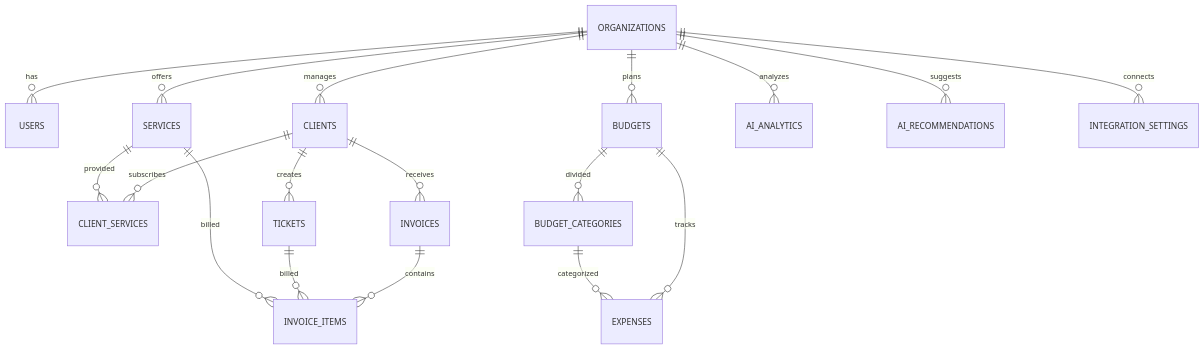
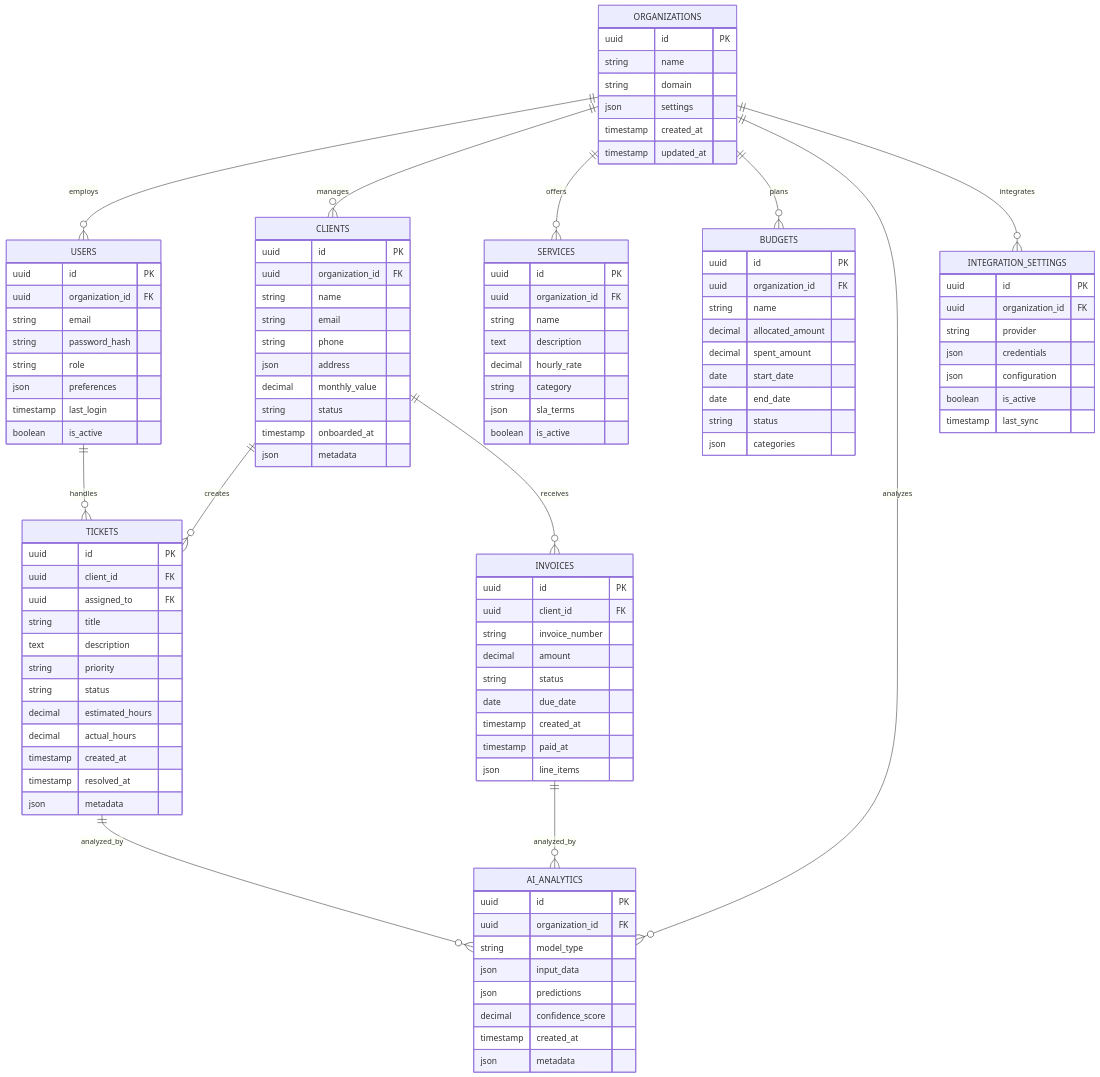
The third of 6 diagrams in README.md (bhuwanb23/profitpulse), drawn with Mermaid before and after one commit. The commit also changed other lines of this file and 3 other files, not shown here.

````diff
--- a/README.md
+++ b/README.md
@@ -84,20 +292,118 @@
 ```mermaid
 erDiagram
-    ORGANIZATIONS ||--o{ USERS : "has"
+    ORGANIZATIONS {
+        uuid id PK
+        string name
+        string domain
+        json settings
+        timestamp created_at
+        timestamp updated_at
+    }
+    
+    USERS {
+        uuid id PK
+        uuid organization_id FK
+        string email
+        string password_hash
+        string role
+        json preferences
+        timestamp last_login
+        boolean is_active
+    }
+    
+    CLIENTS {
+        uuid id PK
+        uuid organization_id FK
+        string name
+        string email
+        string phone
+        json address
+        decimal monthly_value
+        string status
+        timestamp onboarded_at
+        json metadata
+    }
+    
+    SERVICES {
+        uuid id PK
+        uuid organization_id FK
+        string name
+        text description
+        decimal hourly_rate
+        string category
+        json sla_terms
+        boolean is_active
+    }
+    
+    TICKETS {
+        uuid id PK
+        uuid client_id FK
+        uuid assigned_to FK
+        string title
+        text description
+        string priority
+        string status
+        decimal estimated_hours
+        decimal actual_hours
+        timestamp created_at
+        timestamp resolved_at
+        json metadata
+    }
+    
+    INVOICES {
+        uuid id PK
+        uuid client_id FK
+        string invoice_number
+        decimal amount
+        string status
+        date due_date
+        timestamp created_at
+        timestamp paid_at
+        json line_items
+    }
+    
+    AI_ANALYTICS {
+        uuid id PK
+        uuid organization_id FK
+        string model_type
+        json input_data
+        json predictions
+        decimal confidence_score
+        timestamp created_at
+        json metadata
+    }
+    
+    BUDGETS {
+        uuid id PK
+        uuid organization_id FK
+        string name
+        decimal allocated_amount
+        decimal spent_amount
+        date start_date
+        date end_date
+        string status
+        json categories
+    }
+    
+    INTEGRATION_SETTINGS {
+        uuid id PK
+        uuid organization_id FK
+        string provider
+        json credentials
+        json configuration
+        boolean is_active
+        timestamp last_sync
+    }
+    
+    ORGANIZATIONS ||--o{ USERS : "employs"
     ORGANIZATIONS ||--o{ CLIENTS : "manages"
     ORGANIZATIONS ||--o{ SERVICES : "offers"
     ORGANIZATIONS ||--o{ BUDGETS : "plans"
-    CLIENTS ||--o{ CLIENT_SERVICES : "subscribes"
+    ORGANIZATIONS ||--o{ AI_ANALYTICS : "analyzes"
+    ORGANIZATIONS ||--o{ INTEGRATION_SETTINGS : "integrates"
     CLIENTS ||--o{ TICKETS : "creates"
     CLIENTS ||--o{ INVOICES : "receives"
-    SERVICES ||--o{ CLIENT_SERVICES : "provided"
-    INVOICES ||--o{ INVOICE_ITEMS : "contains"
-    TICKETS ||--o{ INVOICE_ITEMS : "billed"
-    SERVICES ||--o{ INVOICE_ITEMS : "billed"
-    BUDGETS ||--o{ BUDGET_CATEGORIES : "divided"
-    BUDGETS ||--o{ EXPENSES : "tracks"
-    BUDGET_CATEGORIES ||--o{ EXPENSES : "categorized"
-    ORGANIZATIONS ||--o{ AI_ANALYTICS : "analyzes"
-    ORGANIZATIONS ||--o{ AI_RECOMMENDATIONS : "suggests"
-    ORGANIZATIONS ||--o{ INTEGRATION_SETTINGS : "connects"
+    USERS ||--o{ TICKETS : "handles"
+    TICKETS ||--o{ AI_ANALYTICS : "analyzed_by"
+    INVOICES ||--o{ AI_ANALYTICS : "analyzed_by"
 ```
````
